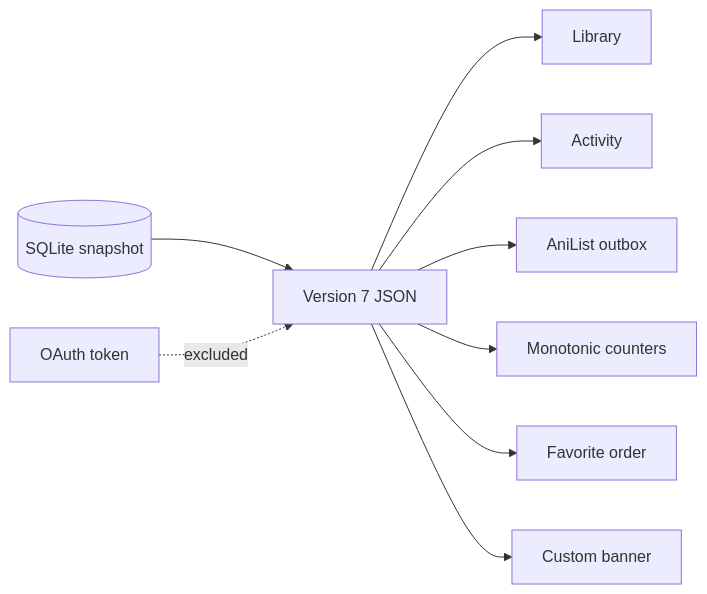
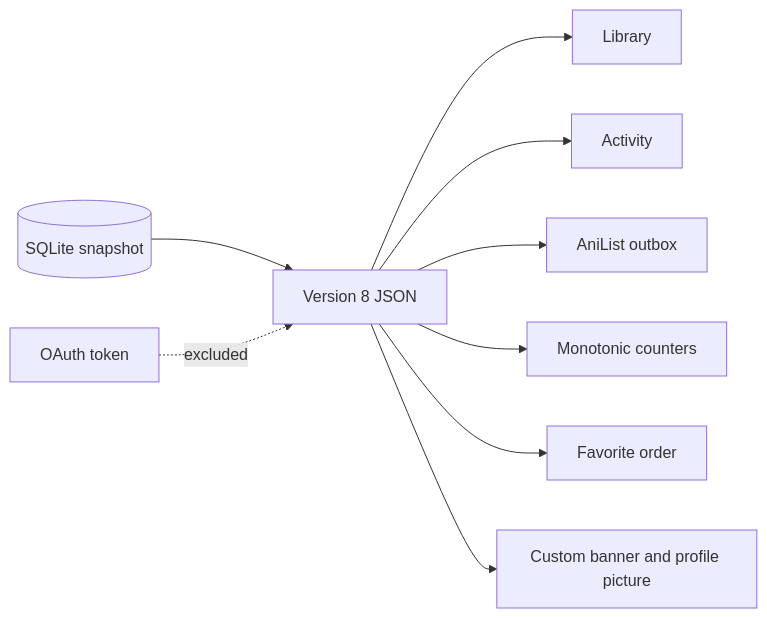
Before and after one commit to GMkonan/honne: the fifth of 5 diagrams in DIAGRAMS.MD, drawn with Mermaid. The commit also changed other lines of this file and 16 other files, not shown here.

Commit message:
feat: persist custom profile pictures

````diff
--- a/DIAGRAMS.MD
+++ b/DIAGRAMS.MD
@@ -132,11 +134,11 @@
 ```mermaid
 flowchart LR
-    SQLite[(SQLite snapshot)] --> Export[Version 7 JSON]
+    SQLite[(SQLite snapshot)] --> Export[Version 8 JSON]
     Export --> Media[Library]
     Export --> Activity[Activity]
     Export --> Outbox[AniList outbox]
     Export --> Counters[Monotonic counters]
     Export --> Favorites[Favorite order]
-    Export --> Appearance[Custom banner]
+    Export --> Appearance[Custom banner and profile picture]
     Secret[OAuth token] -. excluded .-> Export
 ```
````
